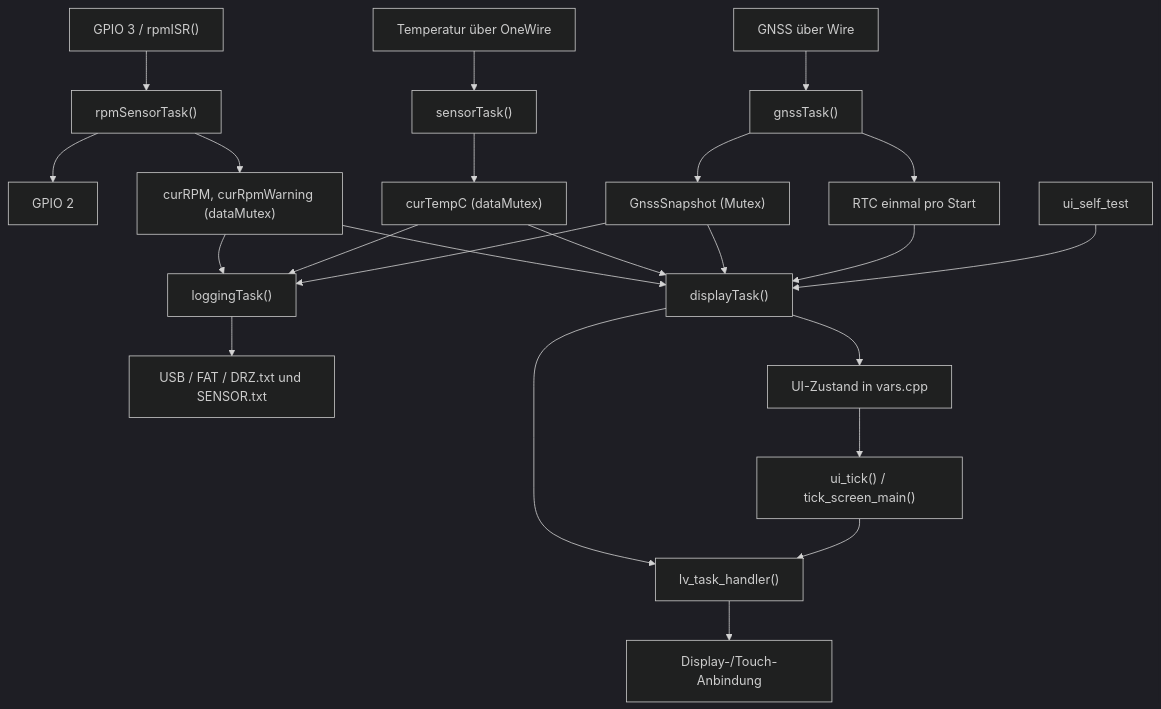
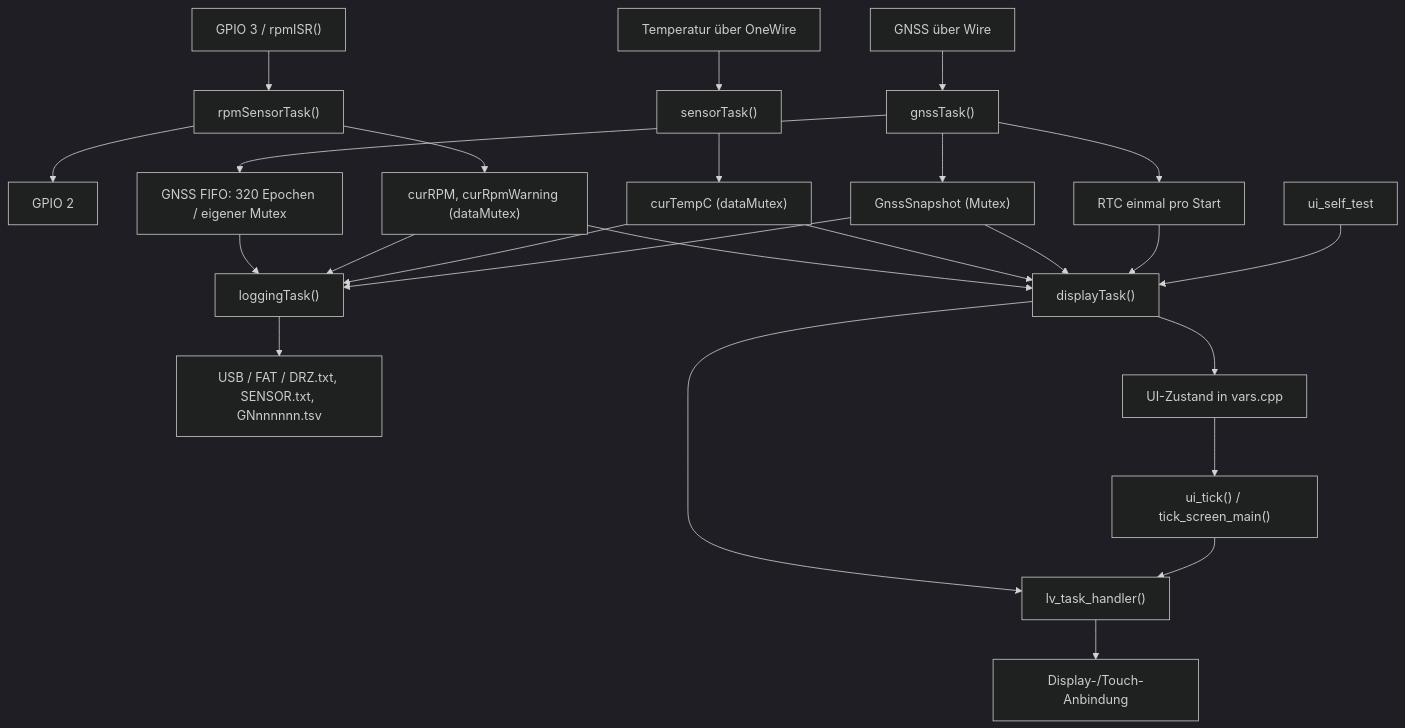
Before and after one commit to pdjip/mofa_tacho: the diagram in docs/architecture.md, drawn with Mermaid (dark theme). The commit also changed other lines of this file and 10 other files, not shown here.

Commit message:
feat(gnss): add bounded FIFO logging and USB recovery

````diff
--- a/docs/architecture.md
+++ b/docs/architecture.md
@@ -169,25 +204,27 @@
 ```mermaid
 flowchart TD
     GPIO["GPIO 3 / rpmISR()"] --> RPM["rpmSensorTask()"]
     RPM --> OUT["GPIO 2"]
     RPM --> RAW["curRPM, curRpmWarning (dataMutex)"]
     TEMP["Temperatur über OneWire"] --> SENSOR["sensorTask()"]
     SENSOR --> RAWT["curTempC (dataMutex)"]
     GNSS["GNSS über Wire"] --> GTASK["gnssTask()"]
     GTASK --> SNAP["GnssSnapshot (Mutex)"]
     GTASK --> RTC["RTC einmal pro Start"]
+    GTASK --> FIFO["GNSS FIFO: 320 Epochen / eigener Mutex"]
+    FIFO --> LOG
     RAW --> LOG["loggingTask()"]
     RAWT --> LOG
     SNAP --> LOG
-    LOG --> USB["USB / FAT / DRZ.txt und SENSOR.txt"]
+    LOG --> USB["USB / FAT / DRZ.txt, SENSOR.txt, GNnnnnnn.tsv"]
     RAW --> DISPLAY["displayTask()"]
     RAWT --> DISPLAY
     SNAP --> DISPLAY
     RTC --> DISPLAY
     TEST["ui_self_test"] --> DISPLAY
     DISPLAY --> MODEL["UI-Zustand in vars.cpp"]
     MODEL --> TICK["ui_tick() / tick_screen_main()"]
     DISPLAY --> LVGL["lv_task_handler()"]
     TICK --> LVGL
     LVGL --> VIDEO["Display-/Touch-Anbindung"]
 ```
````
